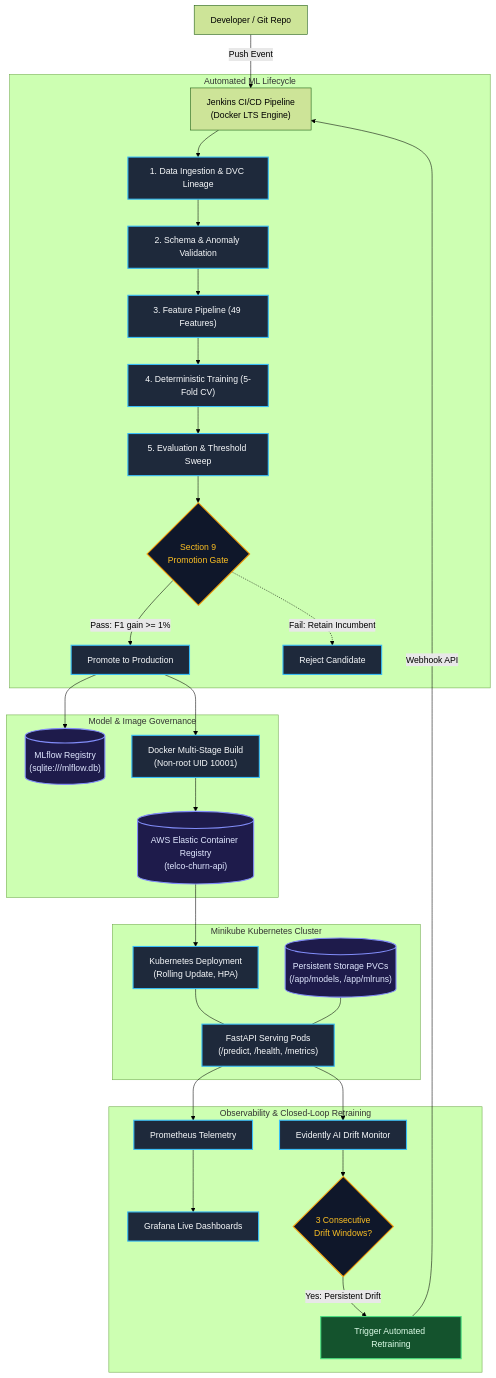
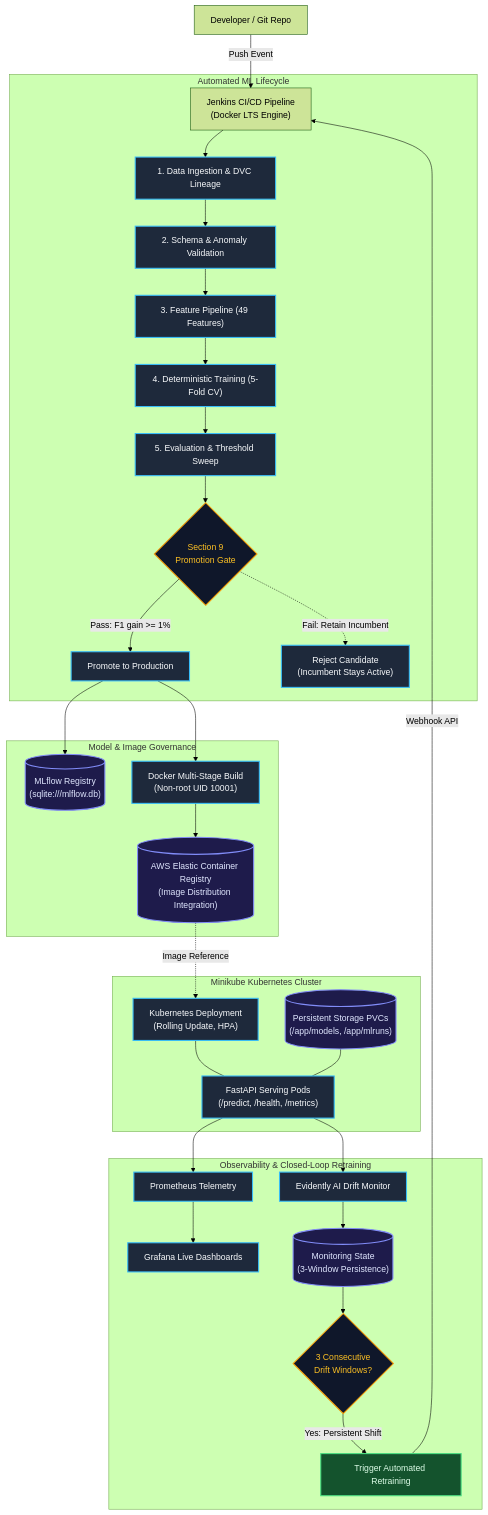
One commit to aakash1552005/telco-churn-mlops changed the first of 2 diagrams in README.md. Above: the diagram before and after it, drawn with Mermaid (forest theme). The commit also changed other lines of this file, not shown here.

````diff
--- a/README.md
+++ b/README.md
@@ -138,52 +176,54 @@
 ```mermaid
 flowchart TD
     %% Global styling with high-contrast borders
     classDef main fill:#1e293b,stroke:#38bdf8,stroke-width:2px,color:#f8fafc;
     classDef gate fill:#0f172a,stroke:#f59e0b,stroke-width:2px,color:#fbbf24;
     classDef store fill:#1e1b4b,stroke:#818cf8,stroke-width:2px,color:#e0e7ff;
     classDef ext fill:#14532d,stroke:#4ade80,stroke-width:2px,color:#dcfce7;
 
     DEV["Developer / Git Repo"] -->|Push Event| JENKINS["Jenkins CI/CD Pipeline\n(Docker LTS Engine)"]
 
     subgraph ML_Lifecycle ["Automated ML Lifecycle"]
         JENKINS --> INGEST["1. Data Ingestion & DVC Lineage"]
         INGEST --> VALID["2. Schema & Anomaly Validation"]
         VALID --> FEAT["3. Feature Pipeline (49 Features)"]
         FEAT --> TRAIN["4. Deterministic Training (5-Fold CV)"]
         TRAIN --> EVAL["5. Evaluation & Threshold Sweep"]
         EVAL --> GATE{"Section 9\nPromotion Gate"}
         GATE -->|Pass: F1 gain >= 1%| PROMOTE["Promote to Production"]
-        GATE -.->|Fail: Retain Incumbent| REJECT["Reject Candidate"]
+        GATE -.->|Fail: Retain Incumbent| REJECT["Reject Candidate\n(Incumbent Stays Active)"]
     end
     class INGEST,VALID,FEAT,TRAIN,EVAL,PROMOTE main;
     class GATE gate;
     class REJECT main;
 
     subgraph Governance ["Model & Image Governance"]
         PROMOTE --> MLFLOW[("MLflow Registry\n(sqlite:///mlflow.db)")]
         PROMOTE --> DOCKER["Docker Multi-Stage Build\n(Non-root UID 10001)"]
-        DOCKER --> ECR[("AWS Elastic Container Registry\n(telco-churn-api)")]
+        DOCKER --> ECR[("AWS Elastic Container Registry\n(Image Distribution Integration)")]
     end
     class MLFLOW,ECR store;
     class DOCKER main;
 
     subgraph Cluster ["Minikube Kubernetes Cluster"]
-        ECR --> K8S_DEPLOY["Kubernetes Deployment\n(Rolling Update, HPA)"]
+        ECR -.->|Image Reference| K8S_DEPLOY["Kubernetes Deployment\n(Rolling Update, HPA)"]
         K8S_DEPLOY --- FASTAPI["FastAPI Serving Pods\n(/predict, /health, /metrics)"]
         PVC[("Persistent Storage PVCs\n(/app/models, /app/mlruns)")] --- FASTAPI
     end
     class K8S_DEPLOY,FASTAPI main;
     class PVC store;
 
     subgraph Telemetry ["Observability & Closed-Loop Retraining"]
         FASTAPI --> PROM["Prometheus Telemetry"]
         PROM --> GRAFANA["Grafana Live Dashboards"]
         FASTAPI --> DRIFT["Evidently AI Drift Monitor"]
-        DRIFT --> DRIFT_CHECK{"3 Consecutive\nDrift Windows?"}
-        DRIFT_CHECK -->|Yes: Persistent Drift| RETRAIN["Trigger Automated Retraining"]
+        DRIFT --> DRIFT_STATE[("Monitoring State\n(3-Window Persistence)")]
+        DRIFT_STATE --> DRIFT_CHECK{"3 Consecutive\nDrift Windows?"}
+        DRIFT_CHECK -->|Yes: Persistent Shift| RETRAIN["Trigger Automated Retraining"]
         RETRAIN -->|Webhook API| JENKINS
     end
     class PROM,GRAFANA,DRIFT main;
+    class DRIFT_STATE store;
     class DRIFT_CHECK gate;
     class RETRAIN ext;
 ```
````
